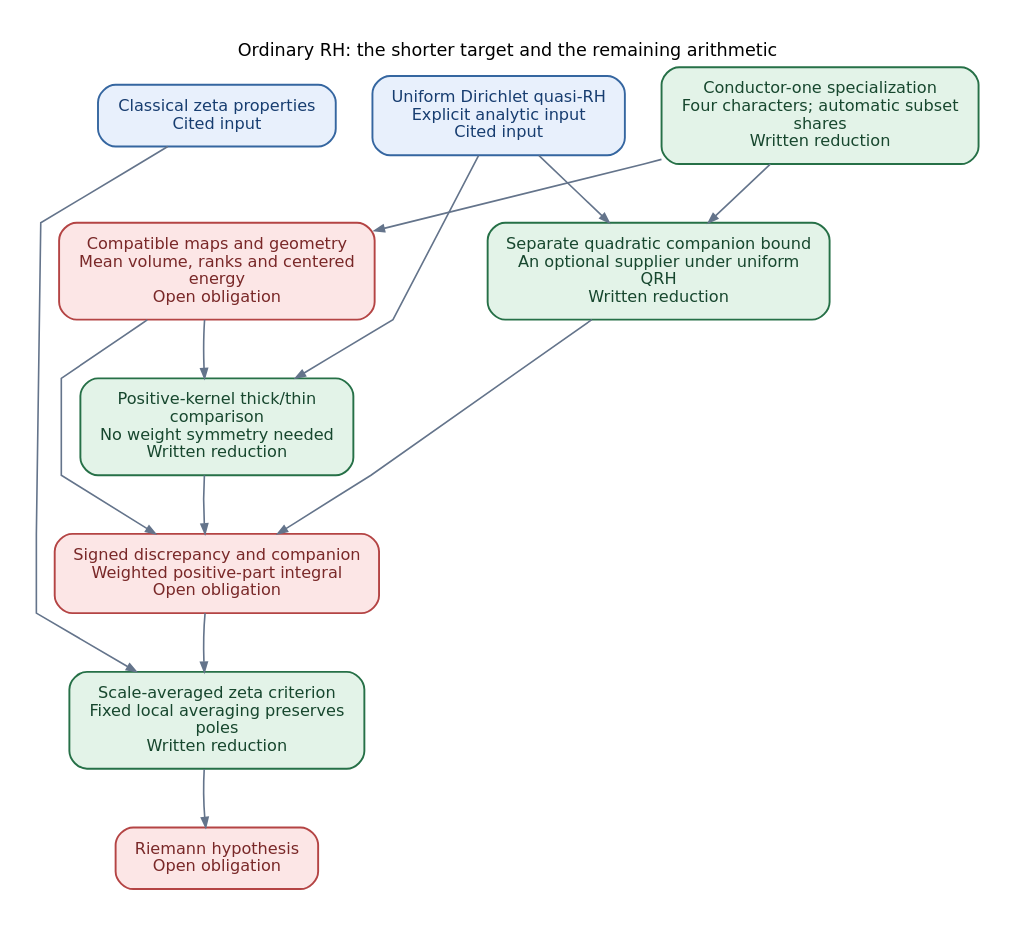
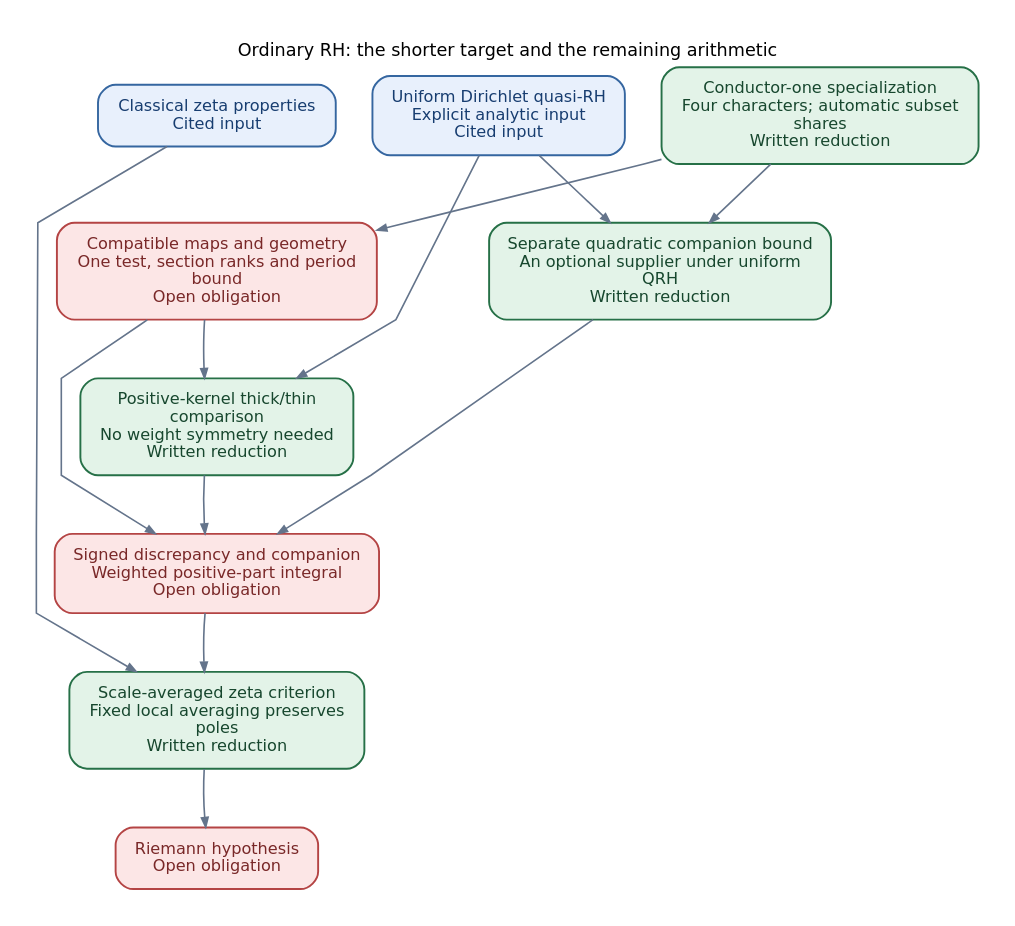
Before and after one commit to JoseBrox/GRH_distillation: the diagram in blueprint/rh.dot, drawn with Graphviz. The commit also changed 73 other files, not shown here.

```diff
--- a/blueprint/rh.dot
+++ b/blueprint/rh.dot
@@ -1,43 +1,43 @@
 digraph proof {
 graph [rankdir=TB, bgcolor="white", pad="0.24", nodesep="0.30", ranksep="0.48",
   fontname="DejaVu Sans", fontsize=12, labelloc=t, label="Ordinary RH: the shorter target and the remaining arithmetic", splines=polyline];
 node [shape=box, style="rounded,filled", fontname="DejaVu Sans", fontsize=11,
   margin="0.18,0.12", penwidth=1.3];
 edge [color="#64748B", penwidth=1.1, arrowsize=0.65];
 graph [nodesep="0.35", ranksep="0.55"];
 "rh_classical" [label="Classical zeta properties\nCited input", fillcolor="#E8F0FC", color="#3566A0", fontcolor="#173D70"];
 "rh_qrh" [label="Uniform Dirichlet quasi-RH\nExplicit analytic input\nCited input", fillcolor="#E8F0FC", color="#3566A0", fontcolor="#173D70"];
 "rh_four" [label="Conductor-one specialization\nFour characters; automatic subset\nshares\nWritten reduction", fillcolor="#E3F3E8", color="#267047", fontcolor="#17472E"];
-"rh_data" [label="Compatible maps and geometry\nMean volume, ranks and centered\nenergy\nOpen obligation", fillcolor="#FCE6E6", color="#B44444", fontcolor="#792828"];
+"rh_data" [label="Compatible maps and geometry\nOne test, section ranks and period\nbound\nOpen obligation", fillcolor="#FCE6E6", color="#B44444", fontcolor="#792828"];
 "rh_transfer" [label="Positive-kernel thick/thin\ncomparison\nNo weight symmetry needed\nWritten reduction", fillcolor="#E3F3E8", color="#267047", fontcolor="#17472E"];
 "rh_companion" [label="Separate quadratic companion bound\nAn optional supplier under uniform\nQRH\nWritten reduction", fillcolor="#E3F3E8", color="#267047", fontcolor="#17472E"];
 "rh_bound" [label="Signed discrepancy and companion\nWeighted positive-part integral\nOpen obligation", fillcolor="#FCE6E6", color="#B44444", fontcolor="#792828"];
 "rh_criterion" [label="Scale-averaged zeta criterion\nFixed local averaging preserves\npoles\nWritten reduction", fillcolor="#E3F3E8", color="#267047", fontcolor="#17472E"];
 "rh_goal" [label="Riemann hypothesis\nOpen obligation", fillcolor="#FCE6E6", color="#B44444", fontcolor="#792828"];
 "rh_four" -> "rh_data";
 "rh_four" -> "rh_companion";
 "rh_qrh" -> "rh_companion";
 "rh_data" -> "rh_transfer";
 "rh_data" -> "rh_bound";
 "rh_transfer" -> "rh_bound";
 "rh_companion" -> "rh_bound";
 "rh_bound" -> "rh_criterion";
 "rh_classical" -> "rh_criterion";
 "rh_criterion" -> "rh_goal";
 "rh_qrh" -> "rh_transfer";
 {rank=same; "rh_classical"; "rh_qrh"; "rh_four";}
 {rank=same; "rh_data"; "rh_companion";}
 {rank=same; "rh_transfer";}
 {rank=same; "rh_bound";}
 {rank=same; "rh_criterion";}
 {rank=same; "rh_goal";}
 // Invisible edges below control layout only; they are not proof interfaces.
 "rh_classical" -> "rh_qrh" [style=invis, weight=50];
 "rh_qrh" -> "rh_four" [style=invis, weight=50];
 "rh_data" -> "rh_companion" [style=invis, weight=50];
 "rh_classical" -> "rh_data" [style=invis, weight=50];
 "rh_data" -> "rh_transfer" [style=invis, weight=50];
 "rh_transfer" -> "rh_bound" [style=invis, weight=50];
 "rh_bound" -> "rh_criterion" [style=invis, weight=50];
 "rh_criterion" -> "rh_goal" [style=invis, weight=50];
 }
```
